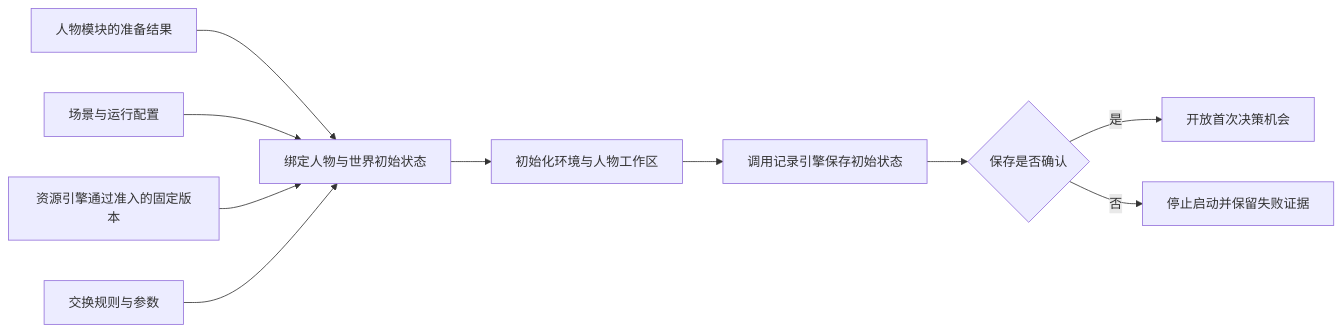
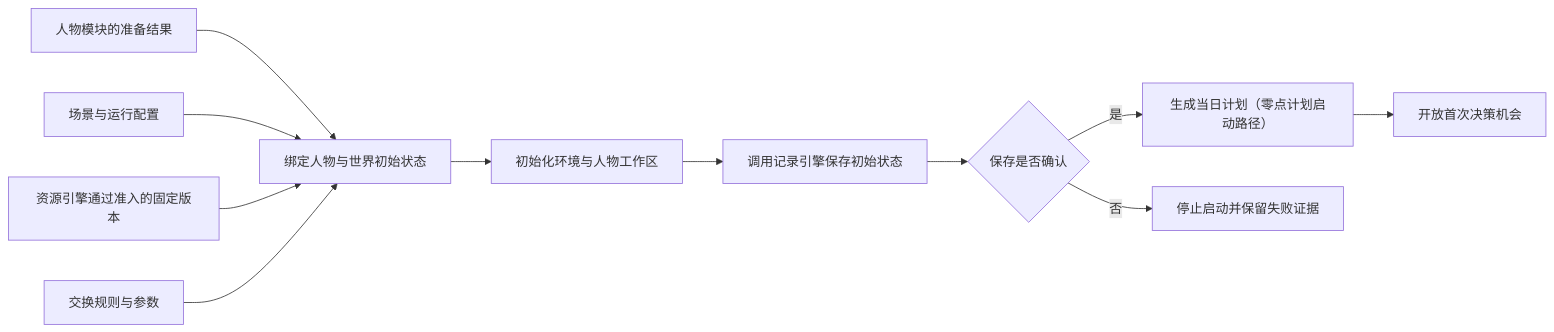
One commit to HoldThatThgt/WorldMock changed the second of 9 diagrams in docs/design/04-simulation-engine.md. Above: the diagram before and after it, drawn with Mermaid. The commit also changed other lines of this file and 28 other files, not shown here.

````diff
--- a/docs/design/04-simulation-engine.md
+++ b/docs/design/04-simulation-engine.md
@@ -112,12 +117,13 @@
 ```mermaid
 flowchart LR
     P[人物模块的准备结果] --> B[绑定人物与世界初始状态]
     S[场景与运行配置] --> B
     R[资源引擎通过准入的固定版本] --> B
     X[交换规则与参数] --> B
     B --> E[初始化环境与人物工作区]
     E --> F[调用记录引擎保存初始状态]
     F --> C{保存是否确认}
-    C -->|是| A[开放首次决策机会]
+    C -->|是| G[生成当日计划（零点计划启动路径）]
+    G --> A[开放首次决策机会]
     C -->|否| STOP[停止启动并保留失败证据]
 ```
````
